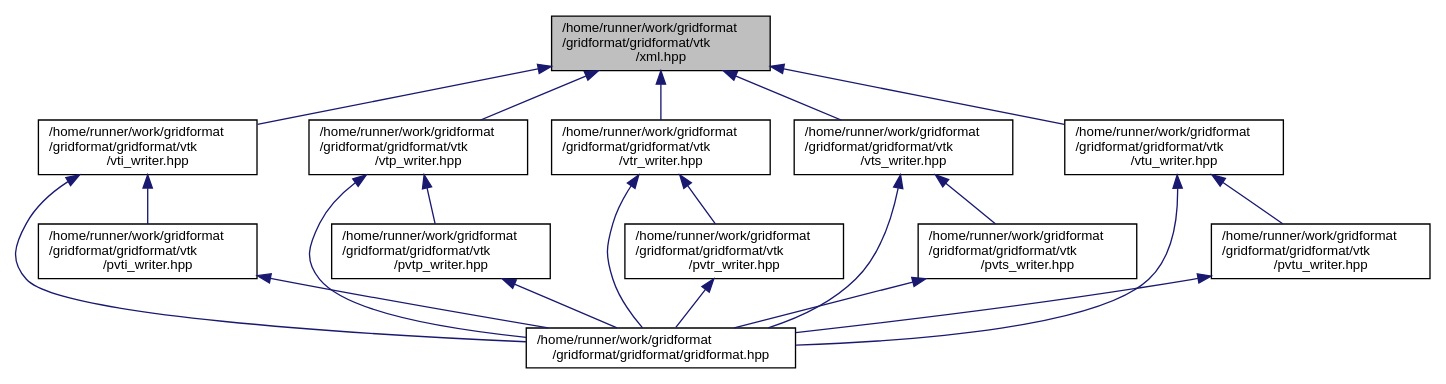
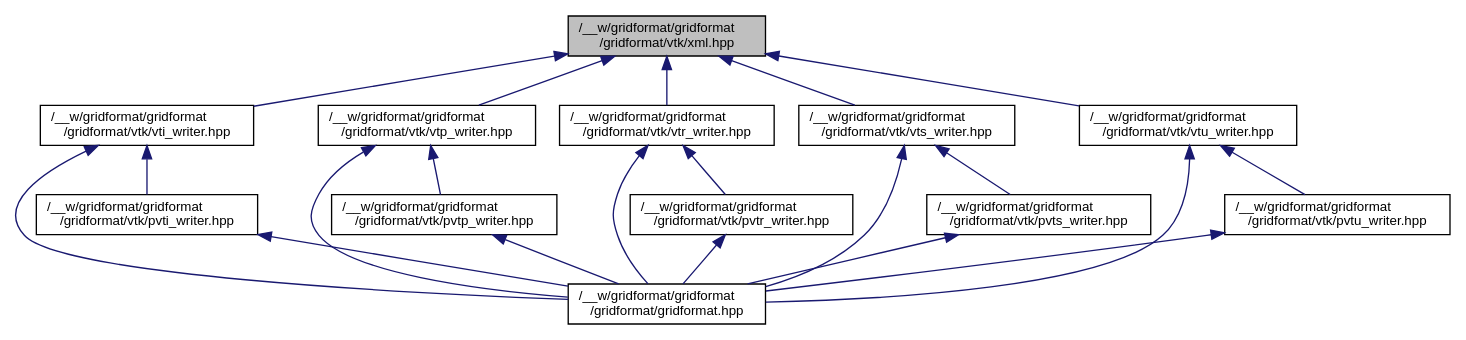
One commit to dglaeser/gridformat changed the diagram in xml_8hpp__dep__incl.dot. Above: the diagram before and after it, drawn with Graphviz. The commit also changed 329 other files, not shown here.

```diff
--- a/xml_8hpp__dep__incl.dot
+++ b/xml_8hpp__dep__incl.dot
@@ -1,38 +1,38 @@
-digraph "/home/runner/work/gridformat/gridformat/gridformat/vtk/xml.hpp"
+digraph "/__w/gridformat/gridformat/gridformat/vtk/xml.hpp"
 {
  // LATEX_PDF_SIZE
   edge [fontname="Helvetica",fontsize="10",labelfontname="Helvetica",labelfontsize="10"];
   node [fontname="Helvetica",fontsize="10",shape=record];
-  Node1 [label="/home/runner/work/gridformat\l/gridformat/gridformat/vtk\l/xml.hpp",height=0.2,width=0.4,color="black", fillcolor="grey75", style="filled", fontcolor="black",tooltip="Base class for VTK XML-type file format writers."];
+  Node1 [label="/__w/gridformat/gridformat\l/gridformat/vtk/xml.hpp",height=0.2,width=0.4,color="black", fillcolor="grey75", style="filled", fontcolor="black",tooltip="Base class for VTK XML-type file format writers."];
   Node1 -> Node2 [dir="back",color="midnightblue",fontsize="10",style="solid",fontname="Helvetica"];
-  Node2 [label="/home/runner/work/gridformat\l/gridformat/gridformat/vtk\l/vti_writer.hpp",height=0.2,width=0.4,color="black", fillcolor="white", style="filled",URL="$vti__writer_8hpp.html",tooltip="Writer for .vti file format."];
+  Node2 [label="/__w/gridformat/gridformat\l/gridformat/vtk/vti_writer.hpp",height=0.2,width=0.4,color="black", fillcolor="white", style="filled",URL="$vti__writer_8hpp.html",tooltip="Writer for .vti file format."];
   Node2 -> Node3 [dir="back",color="midnightblue",fontsize="10",style="solid",fontname="Helvetica"];
-  Node3 [label="/home/runner/work/gridformat\l/gridformat/gridformat/gridformat.hpp",height=0.2,width=0.4,color="black", fillcolor="white", style="filled",URL="$gridformat_8hpp.html",tooltip="This file is the entrypoint to the high-level API exposing all provided writers through a unified int..."];
+  Node3 [label="/__w/gridformat/gridformat\l/gridformat/gridformat.hpp",height=0.2,width=0.4,color="black", fillcolor="white", style="filled",URL="$gridformat_8hpp.html",tooltip="This file is the entrypoint to the high-level API exposing all provided writers through a unified int..."];
   Node2 -> Node4 [dir="back",color="midnightblue",fontsize="10",style="solid",fontname="Helvetica"];
-  Node4 [label="/home/runner/work/gridformat\l/gridformat/gridformat/vtk\l/pvti_writer.hpp",height=0.2,width=0.4,color="black", fillcolor="white", style="filled",URL="$pvti__writer_8hpp.html",tooltip="Writer for parallel .pvti files."];
+  Node4 [label="/__w/gridformat/gridformat\l/gridformat/vtk/pvti_writer.hpp",height=0.2,width=0.4,color="black", fillcolor="white", style="filled",URL="$pvti__writer_8hpp.html",tooltip="Writer for parallel .pvti files."];
   Node4 -> Node3 [dir="back",color="midnightblue",fontsize="10",style="solid",fontname="Helvetica"];
   Node1 -> Node5 [dir="back",color="midnightblue",fontsize="10",style="solid",fontname="Helvetica"];
-  Node5 [label="/home/runner/work/gridformat\l/gridformat/gridformat/vtk\l/vtp_writer.hpp",height=0.2,width=0.4,color="black", fillcolor="white", style="filled",URL="$vtp__writer_8hpp.html",tooltip="Writer for .vtu file format."];
+  Node5 [label="/__w/gridformat/gridformat\l/gridformat/vtk/vtp_writer.hpp",height=0.2,width=0.4,color="black", fillcolor="white", style="filled",URL="$vtp__writer_8hpp.html",tooltip="Writer for .vtu file format."];
   Node5 -> Node3 [dir="back",color="midnightblue",fontsize="10",style="solid",fontname="Helvetica"];
   Node5 -> Node6 [dir="back",color="midnightblue",fontsize="10",style="solid",fontname="Helvetica"];
-  Node6 [label="/home/runner/work/gridformat\l/gridformat/gridformat/vtk\l/pvtp_writer.hpp",height=0.2,width=0.4,color="black", fillcolor="white", style="filled",URL="$pvtp__writer_8hpp.html",tooltip="Writer for parallel .pvtu files."];
+  Node6 [label="/__w/gridformat/gridformat\l/gridformat/vtk/pvtp_writer.hpp",height=0.2,width=0.4,color="black", fillcolor="white", style="filled",URL="$pvtp__writer_8hpp.html",tooltip="Writer for parallel .pvtu files."];
   Node6 -> Node3 [dir="back",color="midnightblue",fontsize="10",style="solid",fontname="Helvetica"];
   Node1 -> Node7 [dir="back",color="midnightblue",fontsize="10",style="solid",fontname="Helvetica"];
-  Node7 [label="/home/runner/work/gridformat\l/gridformat/gridformat/vtk\l/vtr_writer.hpp",height=0.2,width=0.4,color="black", fillcolor="white", style="filled",URL="$vtr__writer_8hpp.html",tooltip="Writer for .vtr file format."];
+  Node7 [label="/__w/gridformat/gridformat\l/gridformat/vtk/vtr_writer.hpp",height=0.2,width=0.4,color="black", fillcolor="white", style="filled",URL="$vtr__writer_8hpp.html",tooltip="Writer for .vtr file format."];
   Node7 -> Node3 [dir="back",color="midnightblue",fontsize="10",style="solid",fontname="Helvetica"];
   Node7 -> Node8 [dir="back",color="midnightblue",fontsize="10",style="solid",fontname="Helvetica"];
-  Node8 [label="/home/runner/work/gridformat\l/gridformat/gridformat/vtk\l/pvtr_writer.hpp",height=0.2,width=0.4,color="black", fillcolor="white", style="filled",URL="$pvtr__writer_8hpp.html",tooltip="Writer for parallel .pvtr files."];
+  Node8 [label="/__w/gridformat/gridformat\l/gridformat/vtk/pvtr_writer.hpp",height=0.2,width=0.4,color="black", fillcolor="white", style="filled",URL="$pvtr__writer_8hpp.html",tooltip="Writer for parallel .pvtr files."];
   Node8 -> Node3 [dir="back",color="midnightblue",fontsize="10",style="solid",fontname="Helvetica"];
   Node1 -> Node9 [dir="back",color="midnightblue",fontsize="10",style="solid",fontname="Helvetica"];
-  Node9 [label="/home/runner/work/gridformat\l/gridformat/gridformat/vtk\l/vts_writer.hpp",height=0.2,width=0.4,color="black", fillcolor="white", style="filled",URL="$vts__writer_8hpp.html",tooltip="Writer for .vts file format."];
+  Node9 [label="/__w/gridformat/gridformat\l/gridformat/vtk/vts_writer.hpp",height=0.2,width=0.4,color="black", fillcolor="white", style="filled",URL="$vts__writer_8hpp.html",tooltip="Writer for .vts file format."];
   Node9 -> Node3 [dir="back",color="midnightblue",fontsize="10",style="solid",fontname="Helvetica"];
   Node9 -> Node10 [dir="back",color="midnightblue",fontsize="10",style="solid",fontname="Helvetica"];
-  Node10 [label="/home/runner/work/gridformat\l/gridformat/gridformat/vtk\l/pvts_writer.hpp",height=0.2,width=0.4,color="black", fillcolor="white", style="filled",URL="$pvts__writer_8hpp.html",tooltip="Writer for parallel .pvts files."];
+  Node10 [label="/__w/gridformat/gridformat\l/gridformat/vtk/pvts_writer.hpp",height=0.2,width=0.4,color="black", fillcolor="white", style="filled",URL="$pvts__writer_8hpp.html",tooltip="Writer for parallel .pvts files."];
   Node10 -> Node3 [dir="back",color="midnightblue",fontsize="10",style="solid",fontname="Helvetica"];
   Node1 -> Node11 [dir="back",color="midnightblue",fontsize="10",style="solid",fontname="Helvetica"];
-  Node11 [label="/home/runner/work/gridformat\l/gridformat/gridformat/vtk\l/vtu_writer.hpp",height=0.2,width=0.4,color="black", fillcolor="white", style="filled",URL="$vtu__writer_8hpp.html",tooltip="Writer for .vtu file format."];
+  Node11 [label="/__w/gridformat/gridformat\l/gridformat/vtk/vtu_writer.hpp",height=0.2,width=0.4,color="black", fillcolor="white", style="filled",URL="$vtu__writer_8hpp.html",tooltip="Writer for .vtu file format."];
   Node11 -> Node3 [dir="back",color="midnightblue",fontsize="10",style="solid",fontname="Helvetica"];
   Node11 -> Node12 [dir="back",color="midnightblue",fontsize="10",style="solid",fontname="Helvetica"];
-  Node12 [label="/home/runner/work/gridformat\l/gridformat/gridformat/vtk\l/pvtu_writer.hpp",height=0.2,width=0.4,color="black", fillcolor="white", style="filled",URL="$pvtu__writer_8hpp.html",tooltip="Writer for parallel .pvtu files."];
+  Node12 [label="/__w/gridformat/gridformat\l/gridformat/vtk/pvtu_writer.hpp",height=0.2,width=0.4,color="black", fillcolor="white", style="filled",URL="$pvtu__writer_8hpp.html",tooltip="Writer for parallel .pvtu files."];
   Node12 -> Node3 [dir="back",color="midnightblue",fontsize="10",style="solid",fontname="Helvetica"];
 }
```
